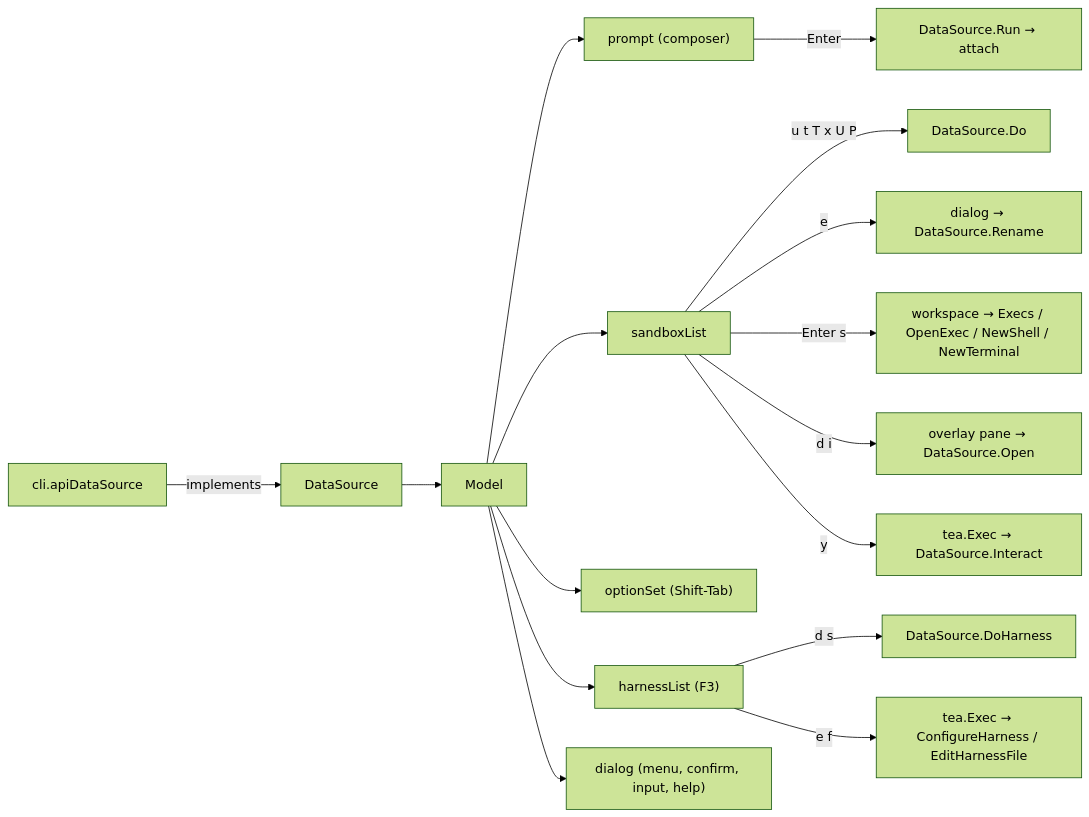
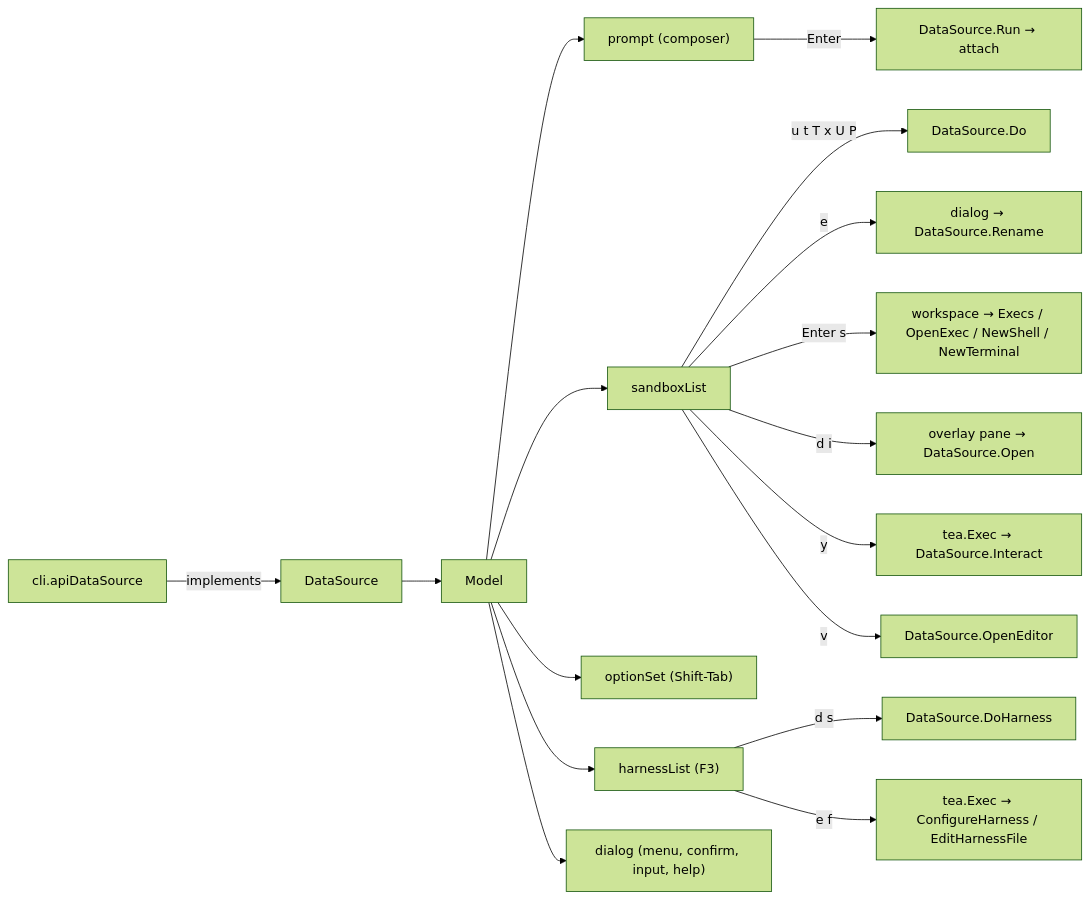
Before and after one commit to discobox-ai/discobox: the diagram in cli/internal/tui/DESIGN.md, drawn with Mermaid (forest theme). The commit also changed other lines of this file and 12 other files, not shown here.

````diff
--- a/cli/internal/tui/DESIGN.md
+++ b/cli/internal/tui/DESIGN.md
@@ -12,18 +12,19 @@
 ```mermaid
 flowchart LR
     CLI["cli.apiDataSource"] -->|implements| DS["DataSource"]
     DS --> M["Model"]
     M --> P["prompt (composer)"]
     M --> L["sandboxList"]
     M --> O["optionSet (Shift-Tab)"]
     M --> A["harnessList (F3)"]
     M --> D["dialog (menu, confirm, input, help)"]
     P -->|Enter| Run["DataSource.Run → attach"]
     L -->|u t T x U P| Verb["DataSource.Do"]
     L -->|e| Rename["dialog → DataSource.Rename"]
     L -->|Enter s| WS["workspace → Execs / OpenExec / NewShell / NewTerminal"]
     L -->|d i| Overlay["overlay pane → DataSource.Open"]
     L -->|y| Exec["tea.Exec → DataSource.Interact"]
+    L -->|v| Editor["DataSource.OpenEditor"]
     A -->|d s| AVerb["DataSource.DoHarness"]
     A -->|e f| AExec["tea.Exec → ConfigureHarness / EditHarnessFile"]
 ```
````
